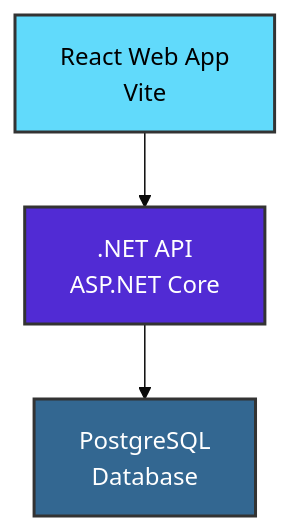
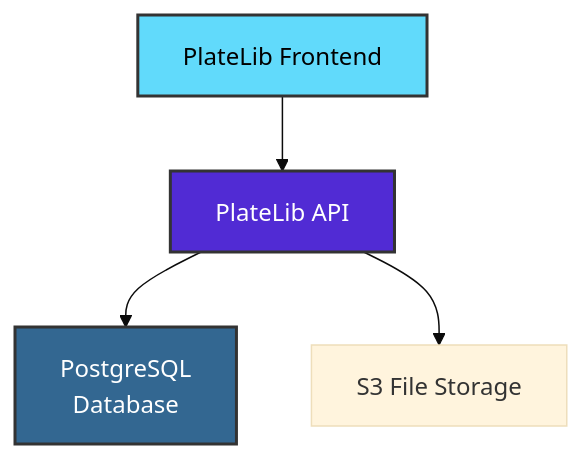
Before and after one commit to Aventix-AB/PlateLib: the diagram in readme.md, drawn with Mermaid (base theme). The commit also changed other lines of this file, not shown here.

````diff
--- a/readme.md
+++ b/readme.md
@@ -17,9 +29,10 @@
 ```mermaid
 graph TD
-    A[React Web App<br/>Vite] --> B[.NET API<br/>ASP.NET Core]
+    A[PlateLib Frontend] --> B[PlateLib API]
     B --> C[PostgreSQL<br/>Database]
-    
+    B --> D[S3 File Storage]
+
     style A fill:#61dafb,stroke:#333,stroke-width:2px,color:#000
     style B fill:#512bd4,stroke:#333,stroke-width:2px,color:#fff
     style C fill:#336791,stroke:#333,stroke-width:2px,color:#fff
 ```
````
